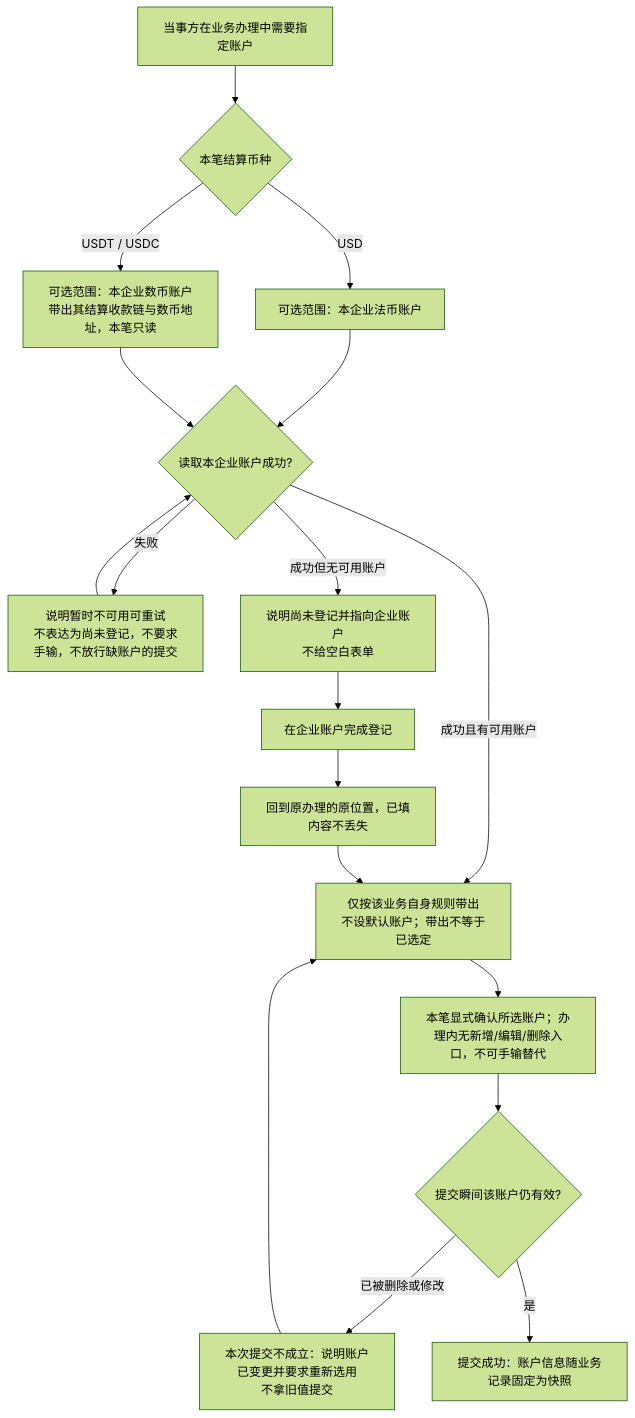
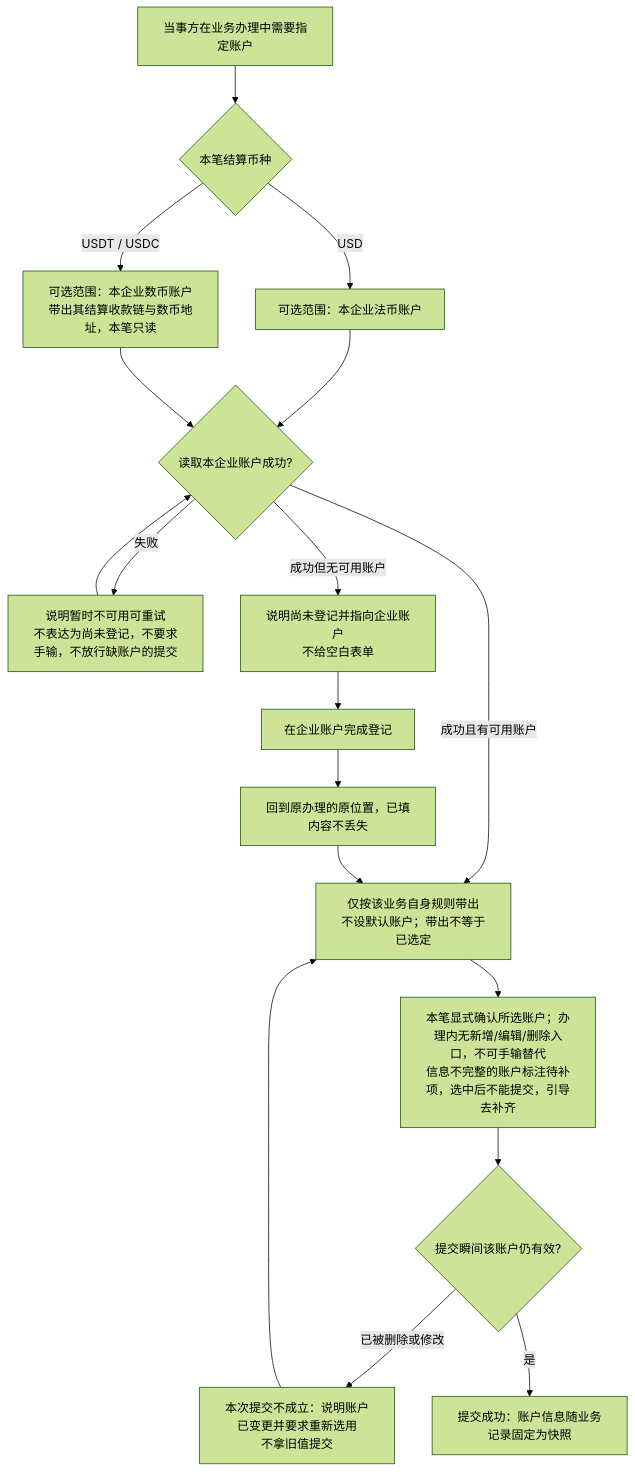
Before and after one commit to wxblockchain/Chain-Financing: the fifth of 7 diagrams in lending-platform/PRD/面客端/03-企业账户/02-企业账户-流程图与状态机.md, drawn with Mermaid (forest theme). The commit also changed other lines of this file and 2 other files, not shown here.

````diff
--- a/lending-platform/PRD/面客端/03-企业账户/02-企业账户-流程图与状态机.md
+++ b/lending-platform/PRD/面客端/03-企业账户/02-企业账户-流程图与状态机.md
@@ -116,20 +116,20 @@
 ```mermaid
 flowchart TD
     A[当事方在业务办理中需要指定账户] --> B{本笔结算币种}
     B -->|USD| C[可选范围：本企业法币账户]
     B -->|USDT / USDC| D[可选范围：本企业数币账户<br/>带出其结算收款链与数币地址，本笔只读]
     C --> E{读取本企业账户成功?}
     D --> E
     E -->|失败| F[说明暂时不可用可重试<br/>不表达为尚未登记，不要求手输，不放行缺账户的提交]
     F --> E
     E -->|成功但无可用账户| G[说明尚未登记并指向企业账户<br/>不给空白表单]
     G --> H[在企业账户完成登记]
     H --> I[回到原办理的原位置，已填内容不丢失]
     E -->|成功且有可用账户| J[仅按该业务自身规则带出<br/>不设默认账户；带出不等于已选定]
     I --> J
-    J --> K[本笔显式确认所选账户；办理内无新增/编辑/删除入口，不可手输替代]
+    J --> K[本笔显式确认所选账户；办理内无新增/编辑/删除入口，不可手输替代<br/>信息不完整的账户标注待补项，选中后不能提交，引导去补齐]
     K --> L{提交瞬间该账户仍有效?}
     L -->|已被删除或修改| M[本次提交不成立：说明账户已变更并要求重新选用<br/>不拿旧值提交]
     M --> J
     L -->|是| N[提交成功：账户信息随业务记录固定为快照]
 ```
````
